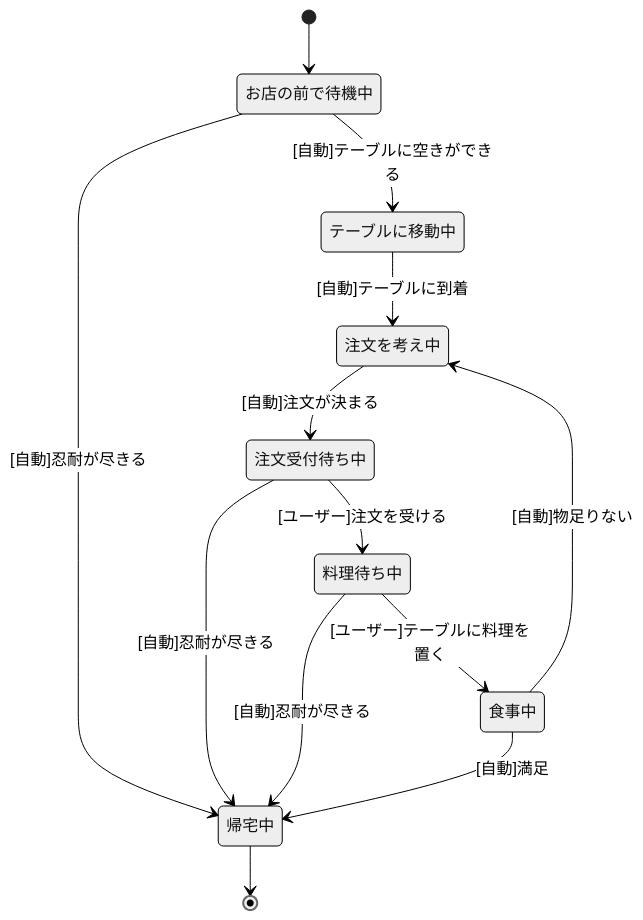
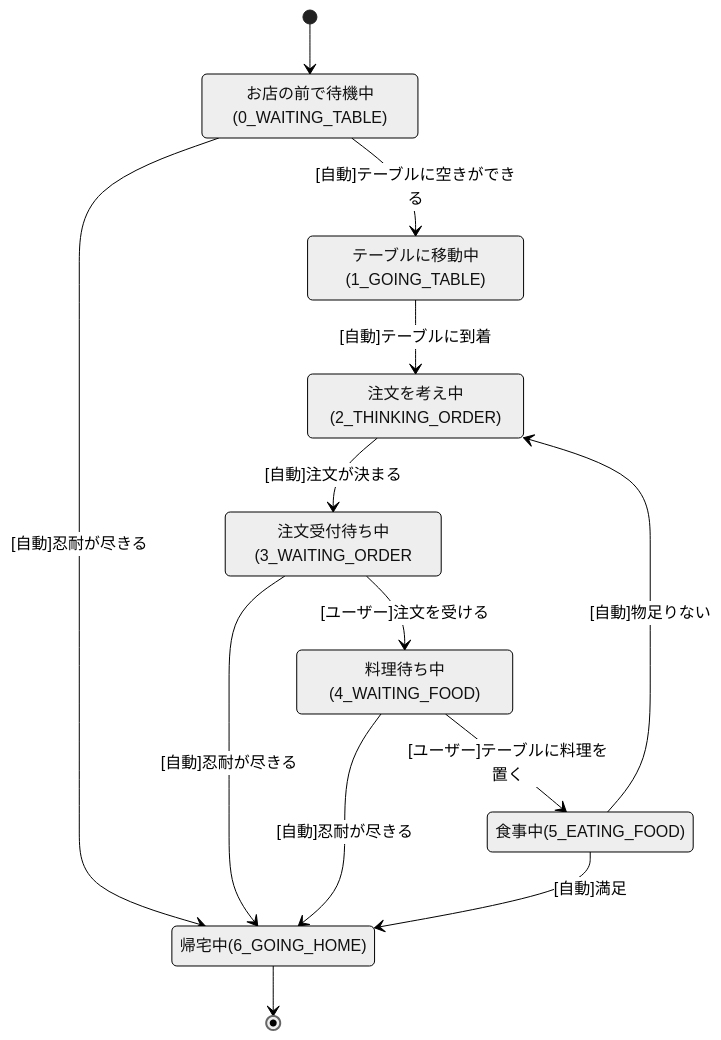
One commit to rheniumNV/legendary-sushi-master changed the diagram in src/sushido/Customer.md. Above: the diagram before and after it, drawn with Mermaid (neutral theme). The commit also changed other lines of this file and 11 other files, not shown here.

````diff
--- a/src/sushido/Customer.md
+++ b/src/sushido/Customer.md
@@ -11,16 +11,16 @@
 ```mermaid
 
 stateDiagram
-  [*]-->お店の前で待機中
-  お店の前で待機中-->テーブルに移動中:[自動]テーブルに空きができる
-  お店の前で待機中-->帰宅中:[自動]忍耐が尽きる
-  テーブルに移動中-->注文を考え中:[自動]テーブルに到着
-  注文を考え中-->注文受付待ち中:[自動]注文が決まる
-  注文受付待ち中-->料理待ち中:[ユーザー]注文を受ける
-  注文受付待ち中-->帰宅中:[自動]忍耐が尽きる
-  料理待ち中-->食事中:[ユーザー]テーブルに料理を置く
-  料理待ち中-->帰宅中:[自動]忍耐が尽きる
-  食事中-->帰宅中:[自動]満足
-  食事中-->注文を考え中:[自動]物足りない
-  帰宅中-->[*]
+  [*]-->お店の前で待機中(0_WAITING_TABLE)
+  お店の前で待機中(0_WAITING_TABLE)-->テーブルに移動中(1_GOING_TABLE):[自動]テーブルに空きができる
+  お店の前で待機中(0_WAITING_TABLE)-->帰宅中(6_GOING_HOME):[自動]忍耐が尽きる
+  テーブルに移動中(1_GOING_TABLE)-->注文を考え中(2_THINKING_ORDER):[自動]テーブルに到着
+  注文を考え中(2_THINKING_ORDER)-->注文受付待ち中(3_WAITING_ORDER:[自動]注文が決まる
+  注文受付待ち中(3_WAITING_ORDER-->料理待ち中(4_WAITING_FOOD):[ユーザー]注文を受ける
+  注文受付待ち中(3_WAITING_ORDER-->帰宅中(6_GOING_HOME):[自動]忍耐が尽きる
+  料理待ち中(4_WAITING_FOOD)-->食事中(5_EATING_FOOD):[ユーザー]テーブルに料理を置く
+  料理待ち中(4_WAITING_FOOD)-->帰宅中(6_GOING_HOME):[自動]忍耐が尽きる
+  食事中(5_EATING_FOOD)-->帰宅中(6_GOING_HOME):[自動]満足
+  食事中(5_EATING_FOOD)-->注文を考え中(2_THINKING_ORDER):[自動]物足りない
+  帰宅中(6_GOING_HOME)-->[*]
 ```
````
